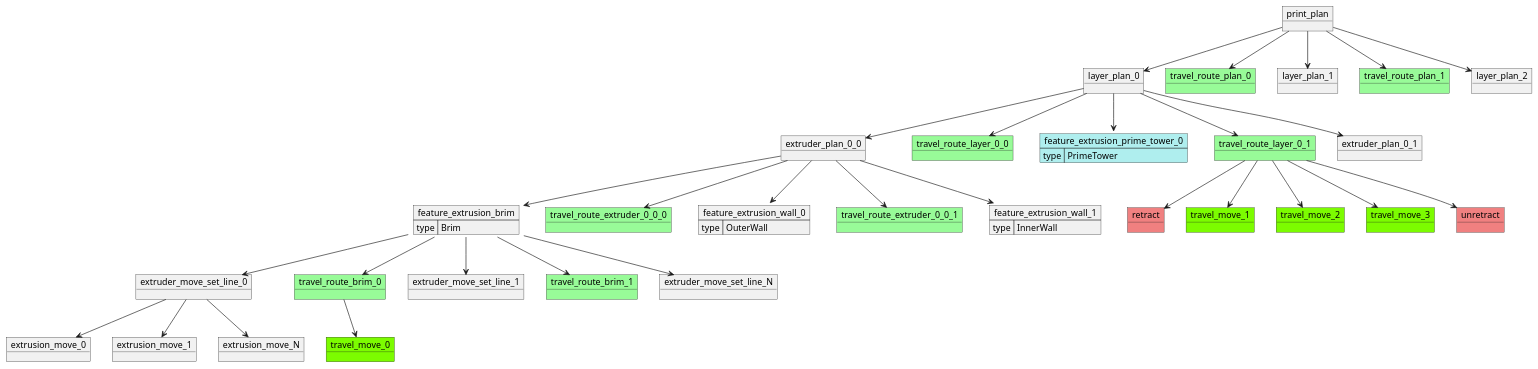
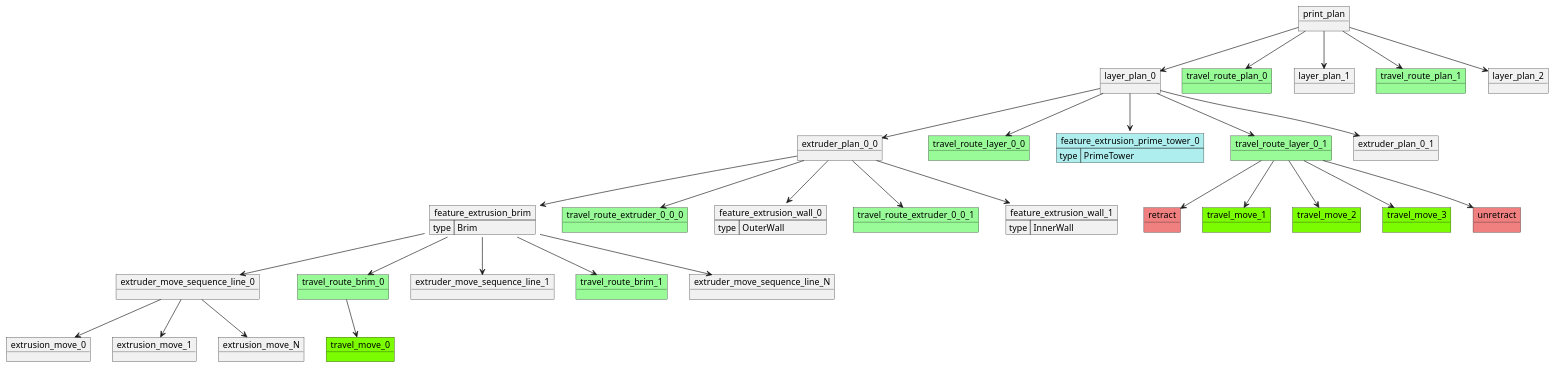
One commit to Ultimaker/CuraEngine changed the diagram in doc/paths_grap_example.puml. Above: the diagram before and after it, drawn with PlantUML. The commit also changed 22 other files, not shown here.

```diff
--- a/doc/paths_grap_example.puml
+++ b/doc/paths_grap_example.puml
@@ -1,87 +1,87 @@
 @startuml
 object print_plan
 object layer_plan_0
 object travel_route_plan_0 #palegreen
 object layer_plan_1
 object travel_route_plan_1 #palegreen
 object layer_plan_2
 
 print_plan --> layer_plan_0
 print_plan --> travel_route_plan_0
 print_plan --> layer_plan_1
 print_plan --> travel_route_plan_1
 print_plan --> layer_plan_2
 
 object extruder_plan_0_0
 object travel_route_layer_0_0 #palegreen
 map feature_extrusion_prime_tower_0 #paleturquoise {
     type => PrimeTower
 }
 object travel_route_layer_0_1 #palegreen
 object extruder_plan_0_1
 
 layer_plan_0 --> extruder_plan_0_0
 layer_plan_0 --> travel_route_layer_0_0
 layer_plan_0 --> feature_extrusion_prime_tower_0
 layer_plan_0 --> travel_route_layer_0_1
 layer_plan_0 --> extruder_plan_0_1
 
 object retract #lightcoral
 object travel_move_1 #lawngreen
 object travel_move_2 #lawngreen
 object travel_move_3 #lawngreen
 object unretract #lightcoral
 
 travel_route_layer_0_1 --> retract
 travel_route_layer_0_1 --> travel_move_1
 travel_route_layer_0_1 --> travel_move_2
 travel_route_layer_0_1 --> travel_move_3
 travel_route_layer_0_1 --> unretract
 
 map feature_extrusion_brim {
     type => Brim
 }
 
 object travel_route_extruder_0_0_0 #palegreen
 
 map feature_extrusion_wall_0 {
     type => OuterWall
 }
 
 object travel_route_extruder_0_0_1 #palegreen
 
 map feature_extrusion_wall_1 {
     type => InnerWall
 }
 
 extruder_plan_0_0 --> feature_extrusion_brim
 extruder_plan_0_0 --> travel_route_extruder_0_0_0
 extruder_plan_0_0 --> feature_extrusion_wall_0
 extruder_plan_0_0 --> travel_route_extruder_0_0_1
 extruder_plan_0_0 --> feature_extrusion_wall_1
 
-object extruder_move_set_line_0
+object extruder_move_sequence_line_0
 object travel_route_brim_0 #palegreen
-object extruder_move_set_line_1
+object extruder_move_sequence_line_1
 object travel_route_brim_1 #palegreen
-object extruder_move_set_line_N
+object extruder_move_sequence_line_N
 
-feature_extrusion_brim --> extruder_move_set_line_0
+feature_extrusion_brim --> extruder_move_sequence_line_0
 feature_extrusion_brim --> travel_route_brim_0
-feature_extrusion_brim --> extruder_move_set_line_1
+feature_extrusion_brim --> extruder_move_sequence_line_1
 feature_extrusion_brim --> travel_route_brim_1
-feature_extrusion_brim --> extruder_move_set_line_N
+feature_extrusion_brim --> extruder_move_sequence_line_N
 
 object travel_move_0 #lawngreen
 
 travel_route_brim_0 --> travel_move_0
 
 object extrusion_move_0
 object extrusion_move_1
 object extrusion_move_N
 
-extruder_move_set_line_0 --> extrusion_move_0
-extruder_move_set_line_0 --> extrusion_move_1
-extruder_move_set_line_0 --> extrusion_move_N
+extruder_move_sequence_line_0 --> extrusion_move_0
+extruder_move_sequence_line_0 --> extrusion_move_1
+extruder_move_sequence_line_0 --> extrusion_move_N
 
 @enduml
```
